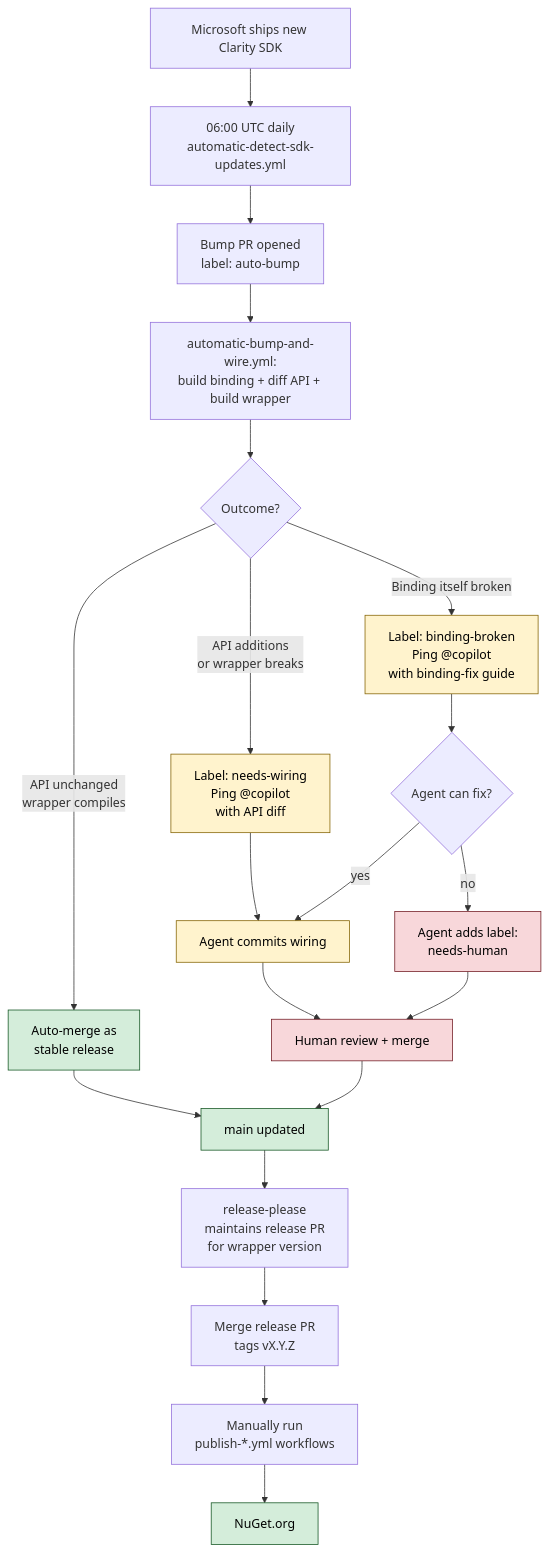
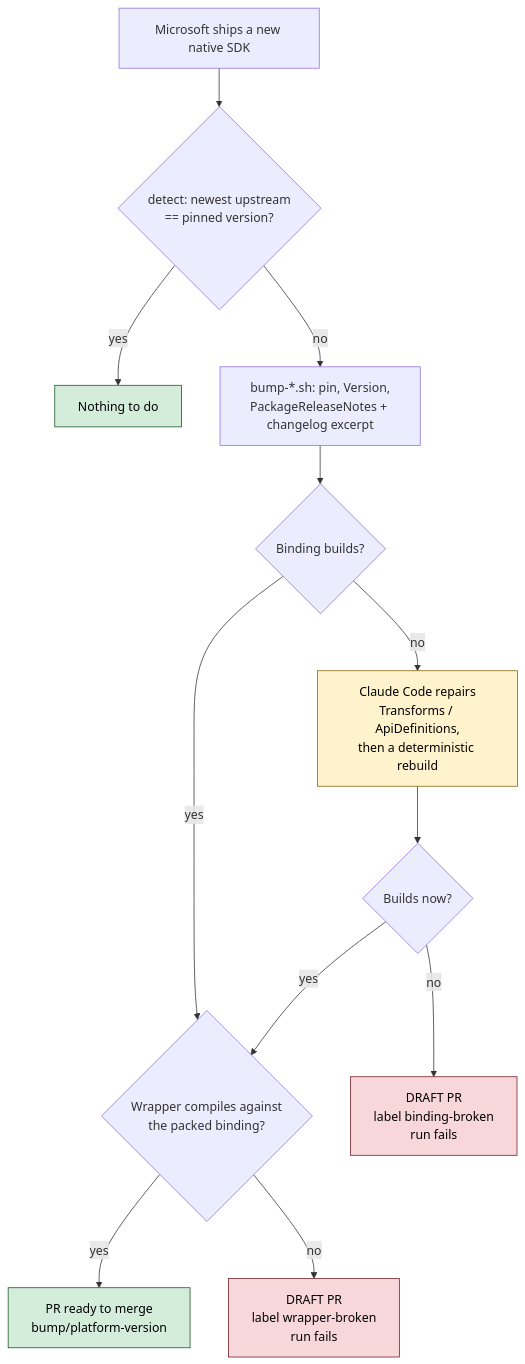
Before and after one commit to Kebechet/Maui.MicrosoftClarity: the diagram in README.md, drawn with Mermaid. The commit also changed other lines of this file and 18 other files, not shown here.

````diff
--- a/README.md
+++ b/README.md
@@ -61,34 +72,21 @@
 ```mermaid
 flowchart TD
-    A[Microsoft ships new Clarity SDK] --> B[06:00 UTC daily<br/>automatic-detect-sdk-updates.yml]
-    B --> C[Bump PR opened<br/>label: auto-bump]
-    C --> D[automatic-bump-and-wire.yml:<br/>build binding + diff API + build wrapper]
-
-    D --> E{Outcome?}
-
-    E -->|API unchanged<br/>wrapper compiles| F[Auto-merge as<br/>stable release]
-    E -->|API additions<br/>or wrapper breaks| G[Label: needs-wiring<br/>Ping @copilot<br/>with API diff]
-    E -->|Binding itself broken| H[Label: binding-broken<br/>Ping @copilot<br/>with binding-fix guide]
-
-    G --> K[Agent commits wiring]
-    H --> L{Agent can fix?}
-    L -->|yes| K
-    L -->|no| M[Agent adds label:<br/>needs-human]
-
-    K --> N[Human review + merge]
-    M --> N
-    F --> O[main updated]
-    N --> O
-
-    O --> R[release-please<br/>maintains release PR<br/>for wrapper version]
-    R --> S[Merge release PR<br/>tags vX.Y.Z]
-    S --> T[Manually run<br/>publish-*.yml workflows]
-    T --> U[NuGet.org]
+    A[Microsoft ships a new native SDK] --> B{detect: newest upstream<br/>== pinned version?}
+    B -->|yes| Z[Nothing to do]
+    B -->|no| C[bump-*.sh: pin, Version,<br/>PackageReleaseNotes + changelog excerpt]
+    C --> D{Binding builds?}
+    D -->|no| E[Claude Code repairs<br/>Transforms / ApiDefinitions,<br/>then a deterministic rebuild]
+    E --> F{Builds now?}
+    D -->|yes| G{Wrapper compiles against<br/>the packed binding?}
+    F -->|yes| G
+    F -->|no| H[DRAFT PR<br/>label binding-broken<br/>run fails]
+    G -->|yes| I[PR ready to merge<br/>bump/platform-version]
+    G -->|no| J[DRAFT PR<br/>label wrapper-broken<br/>run fails]
 
     classDef happy fill:#d4edda,stroke:#155724,color:#000
     classDef warn fill:#fff3cd,stroke:#856404,color:#000
-    classDef human fill:#f8d7da,stroke:#721c24,color:#000
-    class F,O,U happy
-    class G,H,K warn
-    class M,N human
+    classDef bad fill:#f8d7da,stroke:#721c24,color:#000
+    class I,Z happy
+    class E warn
+    class H,J bad
 ```
````
